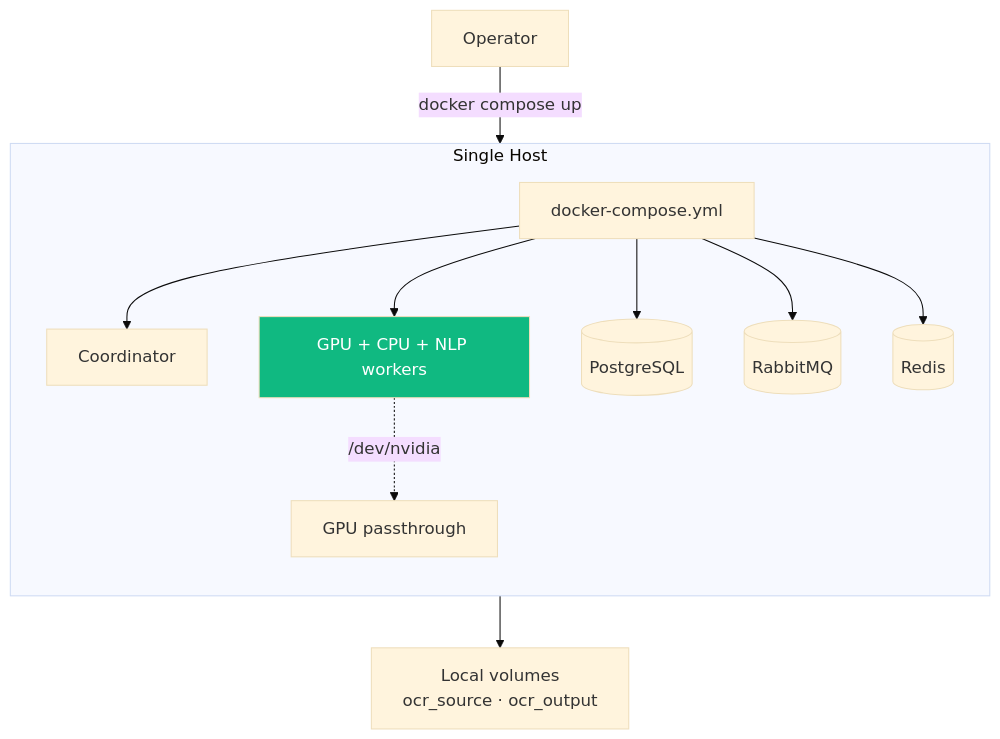
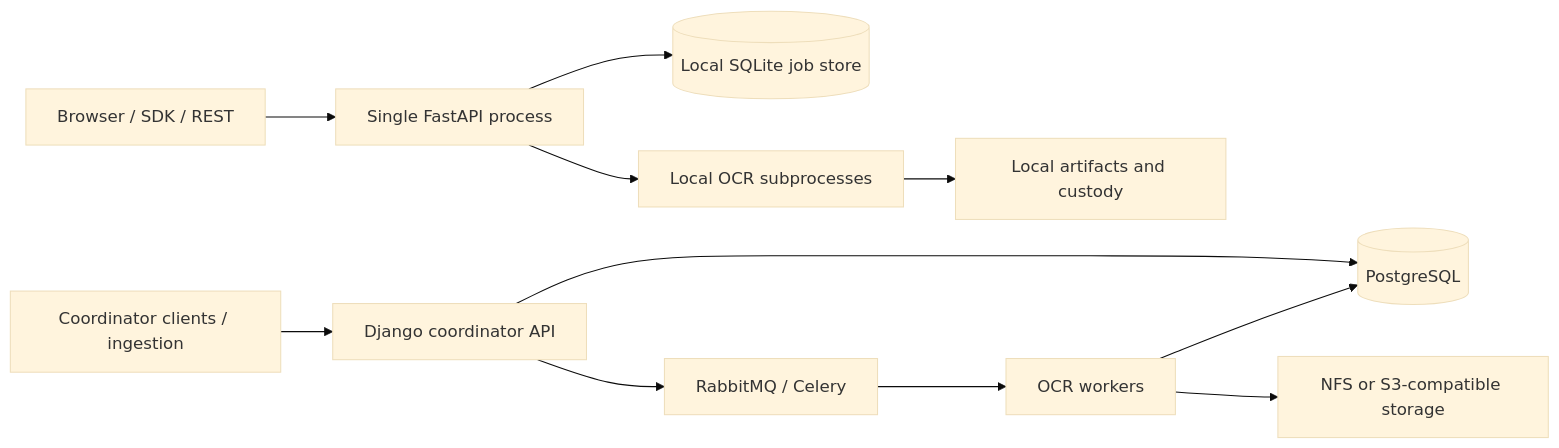
The diagram in ARCHITECTURE.md (mattmre/EDCOCR-PUBLIC), drawn with Mermaid (base theme) before and after one commit. The commit also changed other lines of this file and 1011 other files, not shown here.

````diff
--- a/ARCHITECTURE.md
+++ b/ARCHITECTURE.md
@@ -246,17 +5,13 @@
 ```mermaid
-flowchart TB
-    User[Operator] -->|docker compose up| Host
-    subgraph Host["Single Host"]
-        direction TB
-        Compose[docker-compose.yml]
-        Compose --> Coord[Coordinator]
-        Compose --> Workers[GPU + CPU + NLP workers]
-        Compose --> PG[(PostgreSQL)]
-        Compose --> RMQ[(RabbitMQ)]
-        Compose --> RD[(Redis)]
-        Workers -.->|/dev/nvidia| GPU[GPU passthrough]
-    end
-    Host --> Storage[Local volumes<br/>ocr_source · ocr_output]
-
-    style Workers fill:#10b981,color:#fff
+flowchart LR
+  Clients[Browser / SDK / REST] --> API[Single FastAPI process]
+  API --> SQLite[(Local SQLite job store)]
+  API --> Local[Local OCR subprocesses]
+  Local --> Files[Local artifacts and custody]
+  FarmClients[Coordinator clients / ingestion] --> Django[Django coordinator API]
+  Django --> PG[(PostgreSQL)]
+  Django --> Broker[RabbitMQ / Celery]
+  Broker --> Workers[OCR workers]
+  Workers --> Storage[NFS or S3-compatible storage]
+  Workers --> PG
 ```
````
